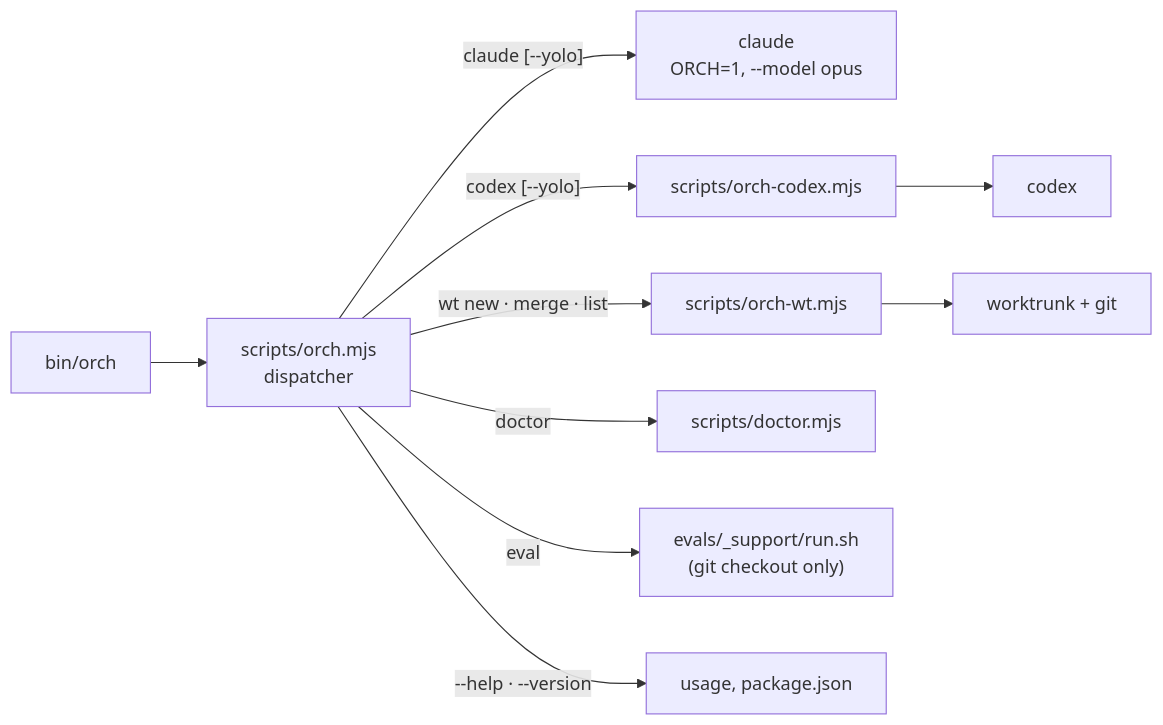
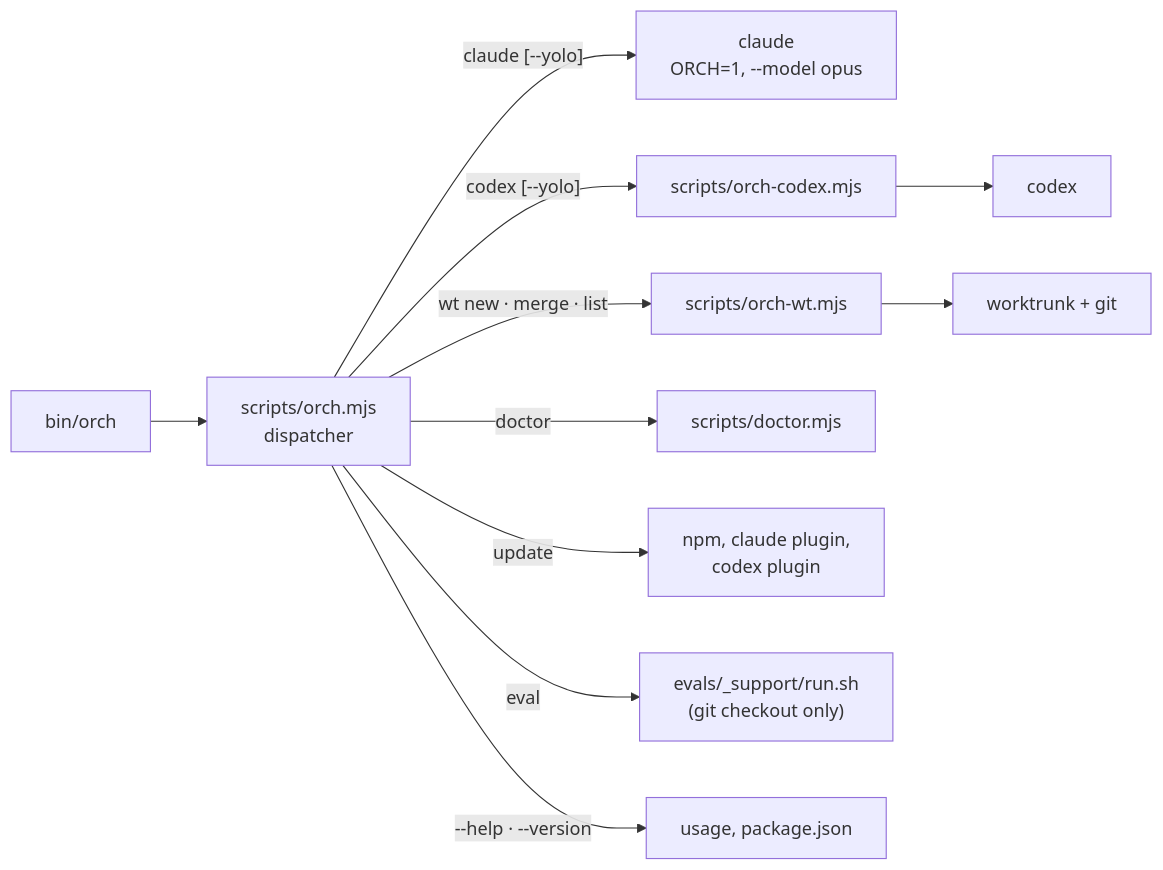
The fifth of 9 diagrams in docs/ARCHITECTURE.md (crafts69guy/orchestra), drawn with Mermaid before and after one commit. The commit also changed other lines of this file and 9 other files, not shown here.

````diff
--- a/docs/ARCHITECTURE.md
+++ b/docs/ARCHITECTURE.md
@@ -163,10 +163,11 @@
 ```mermaid
 flowchart LR
   bin["bin/orch"] --> disp["scripts/orch.mjs<br/>dispatcher"]
   disp -->|"claude [--yolo]"| claude["claude<br/>ORCH=1, --model opus"]
   disp -->|"codex [--yolo]"| ocx["scripts/orch-codex.mjs"] --> codex["codex"]
   disp -->|"wt new · merge · list"| owt["scripts/orch-wt.mjs"] --> wt["worktrunk + git"]
   disp -->|"doctor"| doc["scripts/doctor.mjs"]
+  disp -->|"update"| upd["npm, claude plugin,<br/>codex plugin"]
   disp -->|"eval"| ev["evals/_support/run.sh<br/>(git checkout only)"]
   disp -->|"--help · --version"| pkg["usage, package.json"]
 ```
````
